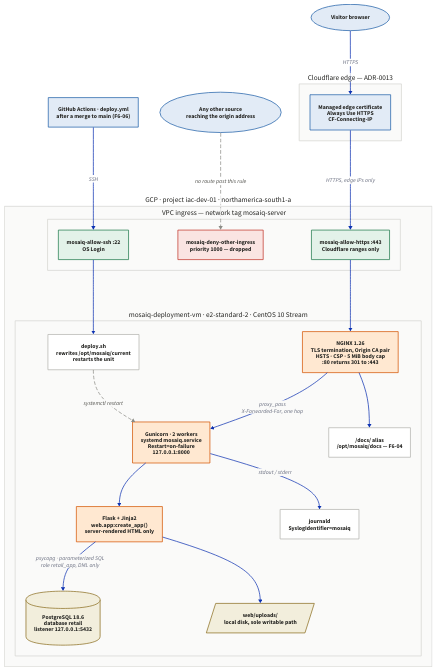
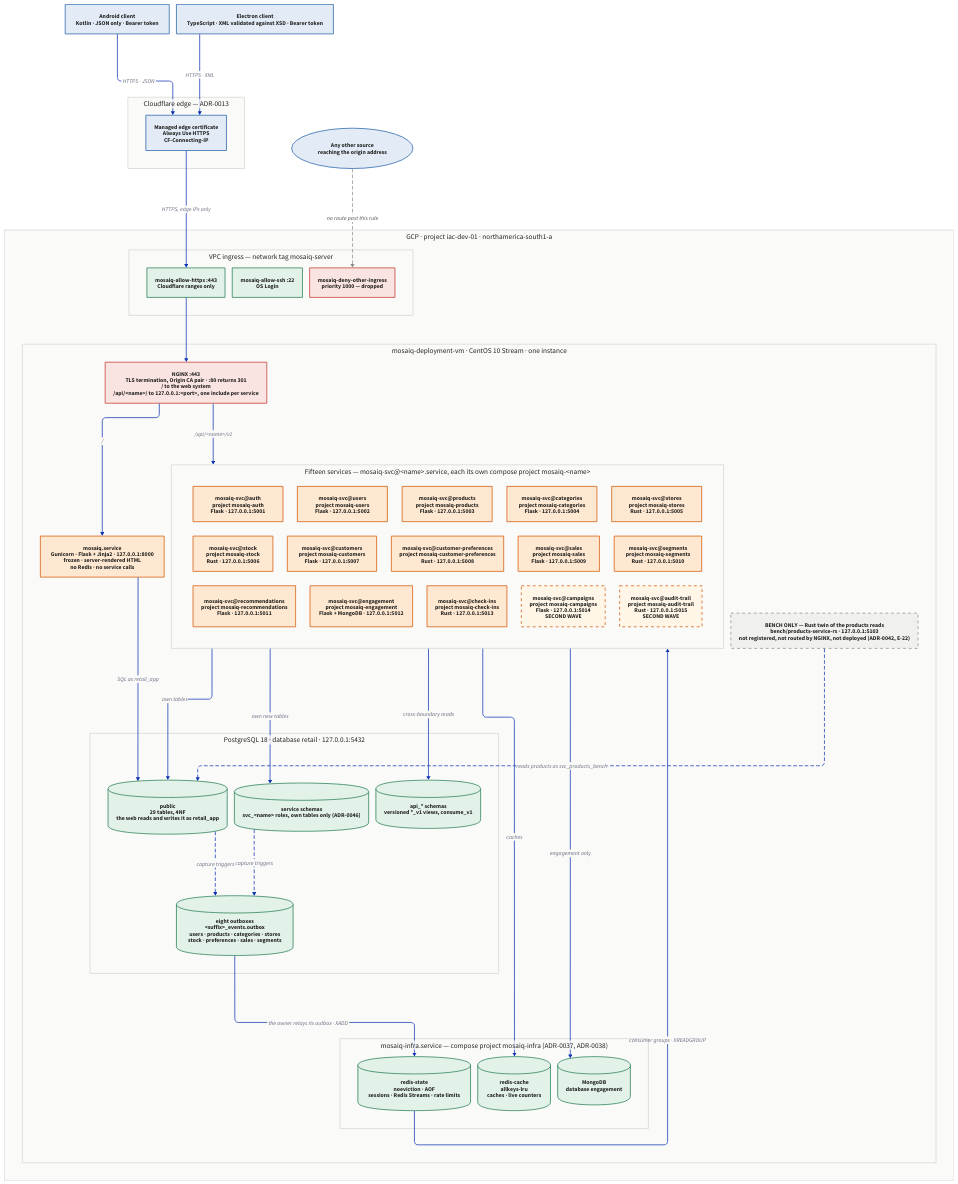
The diagram in docs/architecture/deployment.d2 (Equipo-03-Proyecto10/retail-segmentation), drawn with D2 before and after one commit. The commit also changed 10 other files, not shown here.

Commit message:
docs: redraw the architecture diagrams and update the README for the fifteen services (#465)

```diff
--- a/docs/architecture/deployment.d2
+++ b/docs/architecture/deployment.d2
@@ -1,72 +1,116 @@
-# Deployment view of the delivered system (first delivery).
-# Sources: docs/scope.md §3, docs/infra.md, deploy/nginx/mosaiq.conf,
-# deploy/systemd/mosaiq.service, deploy/deploy.sh, ADR-0009, ADR-0013.
+# Deployment view of the delivered system: what runs on the one instance,
+# under which systemd unit and compose project, and what reaches it.
+# Sources: deploy/README.md, deploy/nginx/mosaiq.conf, deploy/systemd/*.service,
+# deploy/infra/compose.yaml, docs/infra.md, bench/README.md, ADR-0006, ADR-0009,
+# ADR-0013, ADR-0040, ADR-0041, ADR-0042, ADR-0044.
+#
+# No arrow joins two services. They meet only through the producer's api_*
+# objects in PostgreSQL and through Redis Streams (ADR-0044).
 direction: down
 
 vars: {
   d2-config: {
-    layout-engine: dagre
+    layout-engine: elk
   }
 }
 
 classes: {
   external: { style: { fill: "#E2EBF6"; stroke: "#1F5FA8"; font-color: "#232320" } }
   allow:    { style: { fill: "#E3F2E9"; stroke: "#1F7A4C"; font-color: "#232320" } }
   deny:     { style: { fill: "#FAE4E2"; stroke: "#C0342B"; font-color: "#232320" } }
-  store:    { style: { fill: "#F2EEDC"; stroke: "#8A6D1F"; font-color: "#232320" } }
+  gatenode: { style: { fill: "#FAE4E2"; stroke: "#C0342B"; font-color: "#232320" } }
+  store:    { style: { fill: "#E3F2E9"; stroke: "#1F7A4C"; font-color: "#232320" } }
   appnode:  { style: { fill: "#FFE8D1"; stroke: "#D45400"; font-color: "#232320" } }
-  plain:    { style: { fill: "#FFFFFF"; stroke: "#B3B3AE"; font-color: "#232320" } }
+  svc:      { style: { fill: "#FFE8D1"; stroke: "#D45400"; font-color: "#232320" } }
+  svc2:     { style: { fill: "#FFF6E8"; stroke: "#D45400"; font-color: "#232320"; stroke-dash: 4; stroke-width: 2 } }
+  bench:    { style: { fill: "#F0F0EE"; stroke: "#8C8C86"; stroke-dash: 4; font-color: "#232320" } }
   layer:    { style: { fill: "#FAFAF9"; stroke: "#D5D5D1"; font-color: "#232320"; font-size: 20 } }
 }
 
-visitor: "Visitor browser" { class: external; shape: oval }
-ci: "GitHub Actions · deploy.yml\nafter a merge to main (F6-06)" { class: external }
+android: "Android client\nKotlin · JSON only · Bearer token" { class: external }
+electron: "Electron client\nTypeScript · XML validated against XSD · Bearer token" { class: external }
 direct: "Any other source\nreaching the origin address" { class: external; shape: oval }
 
 edge: "Cloudflare edge — ADR-0013" {
   class: layer
   cf: "Managed edge certificate\nAlways Use HTTPS\nCF-Connecting-IP" { class: external }
 }
 
 gcp: "GCP · project iac-dev-01 · northamerica-south1-a" {
   class: layer
 
   fw: "VPC ingress — network tag mosaiq-server" {
     class: layer
     fw443: "mosaiq-allow-https :443\nCloudflare ranges only" { class: allow }
     fw22: "mosaiq-allow-ssh :22\nOS Login" { class: allow }
     fwdeny: "mosaiq-deny-other-ingress\npriority 1000 — dropped" { class: deny }
   }
 
-  vm: "mosaiq-deployment-vm · e2-standard-2 · CentOS 10 Stream" {
+  vm: "mosaiq-deployment-vm · CentOS 10 Stream · one instance" {
     class: layer
-    nginx: "NGINX 1.26\nTLS termination, Origin CA pair\nHSTS · CSP · 5 MiB body cap\n:80 returns 301 to :443" { class: appnode }
-    docsdir: "/docs/ alias\n/opt/mosaiq/docs — F6-04" { class: plain }
-    deploysh: "deploy.sh\nrewrites /opt/mosaiq/current\nrestarts the unit" { class: plain }
-    gunicorn: "Gunicorn · 2 workers\nsystemd mosaiq.service\nRestart=on-failure\n127.0.0.1:8000" { class: appnode }
-    flask: "Flask + Jinja2\nweb.app:create_app()\nserver-rendered HTML only" { class: appnode }
-    uploads: "web/uploads/\nlocal disk, sole writable path" { class: store; shape: parallelogram }
-    journal: "journald\nSyslogIdentifier=mosaiq" { class: plain }
-    pg: "PostgreSQL 18.6\ndatabase retail\nlistener 127.0.0.1:5432" { class: store; shape: cylinder }
+
+    nginx: "NGINX :443\nTLS termination, Origin CA pair · :80 returns 301\n/ to the web system\n/api/<name>/ to 127.0.0.1:<port>, one include per service" { class: gatenode }
+
+    web: "mosaiq.service\nGunicorn · Flask + Jinja2 · 127.0.0.1:8000\nfrozen · server-rendered HTML\nno Redis · no service calls" { class: appnode }
+
+    services: "Fifteen services — mosaiq-svc@<name>.service, each its own compose project mosaiq-<name>" {
+      class: layer
+      grid-rows: 3
+      auth: "mosaiq-svc@auth\nproject mosaiq-auth\nFlask · 127.0.0.1:5001" { class: svc }
+      users: "mosaiq-svc@users\nproject mosaiq-users\nFlask · 127.0.0.1:5002" { class: svc }
+      products: "mosaiq-svc@products\nproject mosaiq-products\nFlask · 127.0.0.1:5003" { class: svc }
+      categories: "mosaiq-svc@categories\nproject mosaiq-categories\nFlask · 127.0.0.1:5004" { class: svc }
+      stores: "mosaiq-svc@stores\nproject mosaiq-stores\nRust · 127.0.0.1:5005" { class: svc }
+      stock: "mosaiq-svc@stock\nproject mosaiq-stock\nRust · 127.0.0.1:5006" { class: svc }
+      customers: "mosaiq-svc@customers\nproject mosaiq-customers\nFlask · 127.0.0.1:5007" { class: svc }
+      customer_preferences: "mosaiq-svc@customer-preferences\nproject mosaiq-customer-preferences\nRust · 127.0.0.1:5008" { class: svc }
+      sales: "mosaiq-svc@sales\nproject mosaiq-sales\nFlask · 127.0.0.1:5009" { class: svc }
+      segments: "mosaiq-svc@segments\nproject mosaiq-segments\nRust · 127.0.0.1:5010" { class: svc }
+      recommendations: "mosaiq-svc@recommendations\nproject mosaiq-recommendations\nFlask · 127.0.0.1:5011" { class: svc }
+      engagement: "mosaiq-svc@engagement\nproject mosaiq-engagement\nFlask + MongoDB · 127.0.0.1:5012" { class: svc }
+      check_ins: "mosaiq-svc@check-ins\nproject mosaiq-check-ins\nRust · 127.0.0.1:5013" { class: svc }
+      campaigns: "mosaiq-svc@campaigns\nproject mosaiq-campaigns\nFlask · 127.0.0.1:5014\nSECOND WAVE" { class: svc2 }
+      audit_trail: "mosaiq-svc@audit-trail\nproject mosaiq-audit-trail\nRust · 127.0.0.1:5015\nSECOND WAVE" { class: svc2 }
+    }
+
+    bench: "BENCH ONLY — Rust twin of the products reads\nbench/products-service-rs · 127.0.0.1:5103\nnot registered, not routed by NGINX, not deployed (ADR-0042, E-22)" { class: bench }
+
+    pg: "PostgreSQL 18 · database retail · 127.0.0.1:5432" {
+      class: layer
+      public: "public\n29 tables, 4NF\nthe web reads and writes it as retail_app" { class: store; shape: cylinder }
+      svcschemas: "service schemas\nsvc_<name> roles, own tables only (ADR-0046)" { class: store; shape: cylinder }
+      api: "api_* schemas\nversioned *_v1 views, consume_v1" { class: store; shape: cylinder }
+      outbox: "eight outboxes\n<suffix>_events.outbox\nusers · products · categories · stores\nstock · preferences · sales · segments" { class: store; shape: cylinder }
+    }
+
+    infra: "mosaiq-infra.service — compose project mosaiq-infra (ADR-0037, ADR-0038)" {
+      class: layer
+      rs: "redis-state\nnoeviction · AOF\nsessions · Redis Streams · rate limits" { class: store; shape: cylinder }
+      rc: "redis-cache\nallkeys-lru\ncaches · live counters" { class: store; shape: cylinder }
+      mongo: "MongoDB\ndatabase engagement" { class: store; shape: cylinder }
+    }
   }
 }
 
-visitor -> edge.cf: HTTPS
+android -> edge.cf: "HTTPS · JSON"
+electron -> edge.cf: "HTTPS · XML"
 edge.cf -> gcp.fw.fw443: "HTTPS, edge IPs only"
-ci -> gcp.fw.fw22: SSH
 direct -> gcp.fw.fwdeny: "no route past this rule" {
   style: { stroke-dash: 4; stroke: "#8C8C86"; font-color: "#4F4F4A" }
 }
+gcp.fw.fw443 -> gcp.vm.nginx
 
-gcp.fw.fw443 -> gcp.vm.nginx
-gcp.fw.fw22 -> gcp.vm.deploysh
-gcp.vm.deploysh -> gcp.vm.gunicorn: "systemctl restart" {
-  style: { stroke-dash: 4; stroke: "#8C8C86"; font-color: "#4F4F4A" }
-}
+gcp.vm.nginx -> gcp.vm.web: "/"
+gcp.vm.nginx -> gcp.vm.services: "/api/<name>/v1"
 
-gcp.vm.nginx -> gcp.vm.gunicorn: "proxy_pass\nX-Forwarded-For, one hop"
-gcp.vm.nginx -> gcp.vm.docsdir
-gcp.vm.gunicorn -> gcp.vm.flask
-gcp.vm.flask -> gcp.vm.pg: "psycopg · parameterized SQL\nrole retail_app, DML only"
-gcp.vm.flask -> gcp.vm.uploads
-gcp.vm.gunicorn -> gcp.vm.journal: "stdout / stderr"
+gcp.vm.web -> gcp.vm.pg.public: "SQL as retail_app"
+gcp.vm.services -> gcp.vm.pg.public: "own tables"
+gcp.vm.services -> gcp.vm.pg.svcschemas: "own new tables"
+gcp.vm.services -> gcp.vm.pg.api: "cross-boundary reads"
+gcp.vm.pg.public -> gcp.vm.pg.outbox: "capture triggers" { style.stroke-dash: 4 }
+gcp.vm.pg.svcschemas -> gcp.vm.pg.outbox: "capture triggers" { style.stroke-dash: 4 }
+gcp.vm.pg.outbox -> gcp.vm.infra.rs: "the owner relays its outbox · XADD"
+gcp.vm.infra.rs -> gcp.vm.services: "consumer groups · XREADGROUP"
+gcp.vm.services -> gcp.vm.infra.rc: "caches"
+gcp.vm.services -> gcp.vm.infra.mongo: "engagement only"
+gcp.vm.bench -> gcp.vm.pg.public: "reads products as svc_products_bench" { style.stroke-dash: 4 }
```
